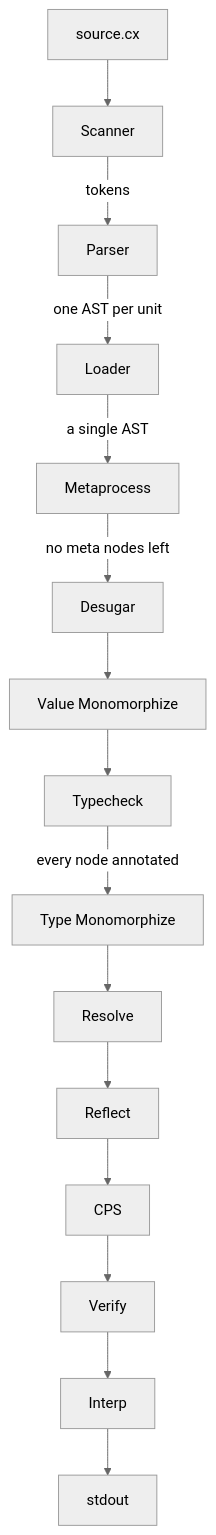
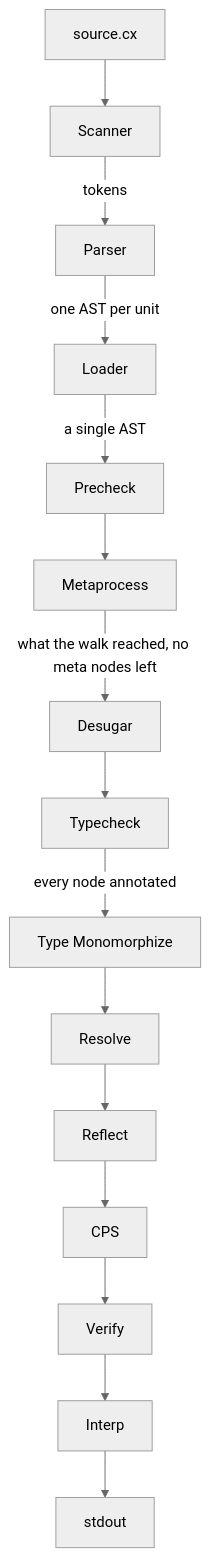
Before and after one commit to brendancron/CronyxLang: the diagram in internal-docs/Architecture.md, drawn with Mermaid (neutral theme). The commit also changed other lines of this file and 240 other files, not shown here.

First line of the commit message:
meta: metaprocessing is a walk from the roots

````diff
--- a/internal-docs/Architecture.md
+++ b/internal-docs/Architecture.md
@@ -2,17 +2,17 @@
 ```mermaid
 flowchart TD
     src["source.cx"] --> scanner["Scanner"]
     scanner -->|"tokens"| parser["Parser"]
     parser -->|"one AST per unit"| loader["Loader"]
-    loader -->|"a single AST"| meta["Metaprocess"]
-    meta -->|"no meta nodes left"| desugar["Desugar"]
-    desugar --> mono["Value Monomorphize"]
-    mono --> check["Typecheck"]
+    loader -->|"a single AST"| precheck["Precheck"]
+    precheck --> meta["Metaprocess"]
+    meta -->|"what the walk reached, no meta nodes left"| desugar["Desugar"]
+    desugar --> check["Typecheck"]
     check -->|"every node annotated"| spec["Type Monomorphize"]
     spec --> resolve["Resolve"]
     resolve --> reflect["Reflect"]
     reflect --> cps["CPS"]
     cps --> verify["Verify"]
     verify --> interp["Interp"]
     interp --> out["stdout"]
 ```
````
